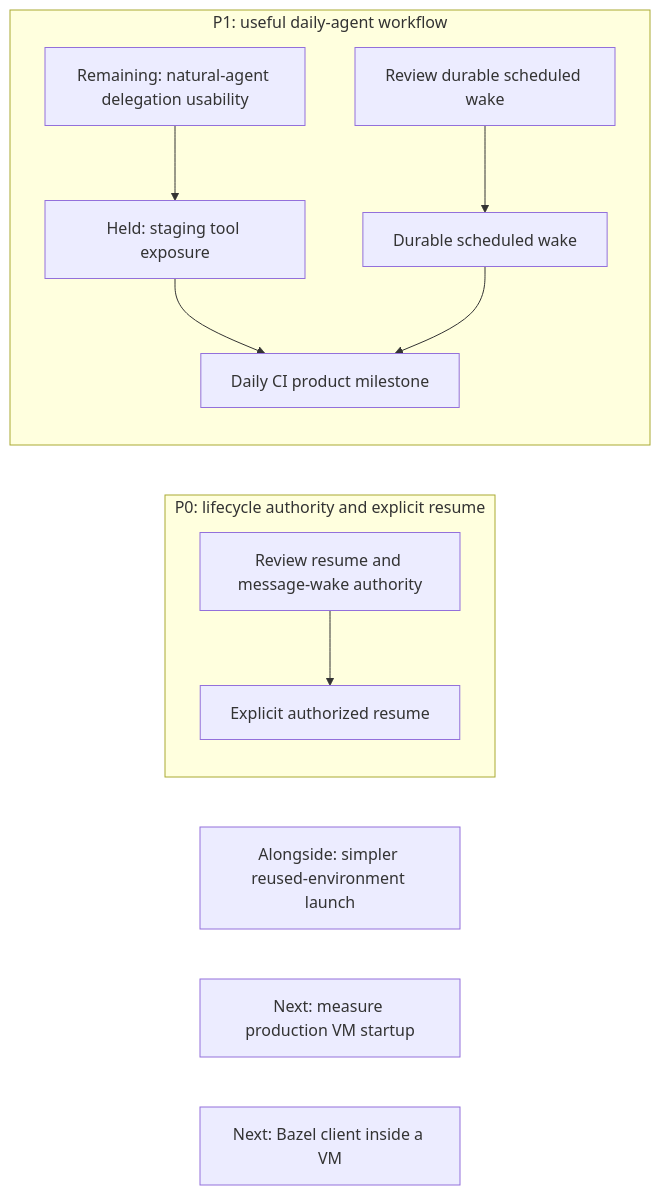
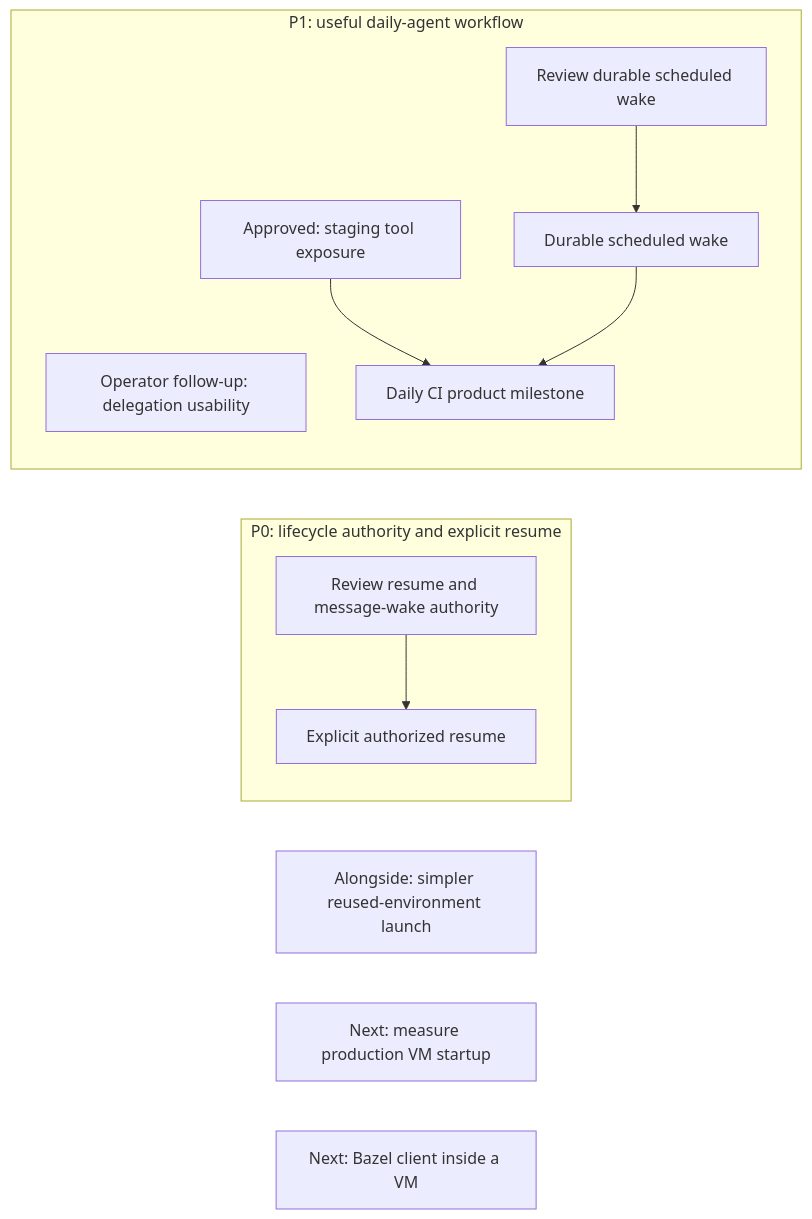
Before and after one commit to agentydragon/ducktape: the first of 18 diagrams in agentplane/plans/task_dag.md, drawn with Mermaid. The commit also changed other lines of this file and 1 other file, not shown here.

Commit message:
plan(agentplane): make prompt usability testing a normal-use follow-up

````diff
--- a/agentplane/plans/task_dag.md
+++ b/agentplane/plans/task_dag.md
@@ -185,17 +188,17 @@
 ```mermaid
 flowchart LR
     subgraph PRIORITY_ZERO[P0: lifecycle authority and explicit resume]
         SANDBOX_LIFECYCLE_AUTHORIZATION_DESIGN[Review resume and message-wake authority]
         SANDBOX_LIFECYCLE_AUTHORIZATION_DESIGN --> EXEC_SUSPENDED_RESUME[Explicit authorized resume]
     end
     subgraph PRIORITY_ONE[P1: useful daily-agent workflow]
-        THREAD_CREATE_AUTHORIZATION[Remaining: natural-agent delegation usability]
-        THREAD_CREATE_AUTHORIZATION --> SESSION_DELEGATION_ACTIVATION[Held: staging tool exposure]
+        THREAD_CREATE_AUTHORIZATION[Operator follow-up: delegation usability]
+        SESSION_DELEGATION_ACTIVATION[Approved: staging tool exposure]
         SESSION_DELEGATION_ACTIVATION --> DAILY_CI_AGENT[Daily CI product milestone]
         SCHEDULED_AGENT_WAKE_DESIGN[Review durable scheduled wake] --> SCHEDULED_AGENT_WAKE
         SCHEDULED_AGENT_WAKE[Durable scheduled wake] --> DAILY_CI_AGENT
     end
     SESSION_LAUNCH_FRICTION[Alongside: simpler reused-environment launch]
     VM_STARTUP_LATENCY[Next: measure production VM startup]
     LOCAL_BAZEL[Next: Bazel client inside a VM]
 ```
````
